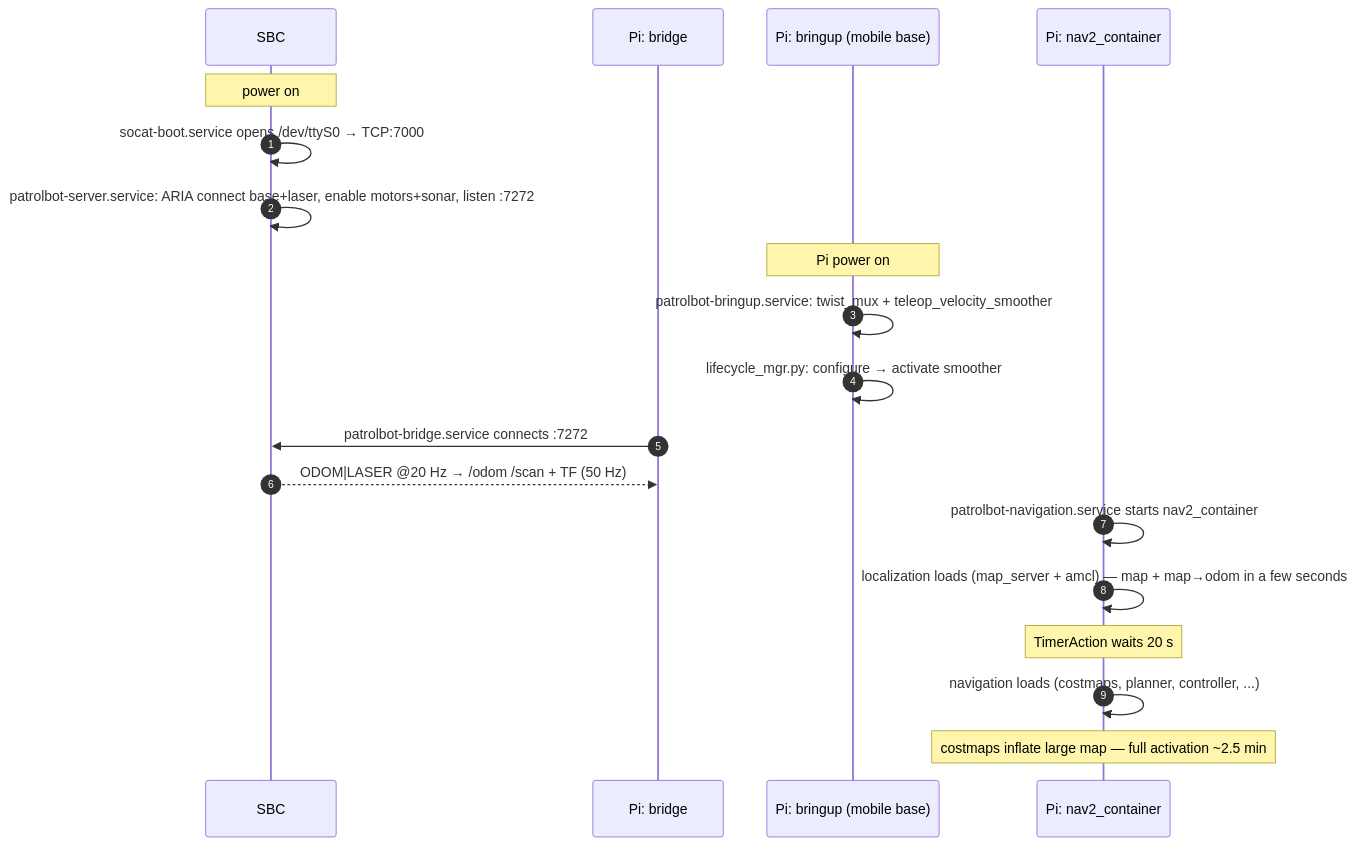
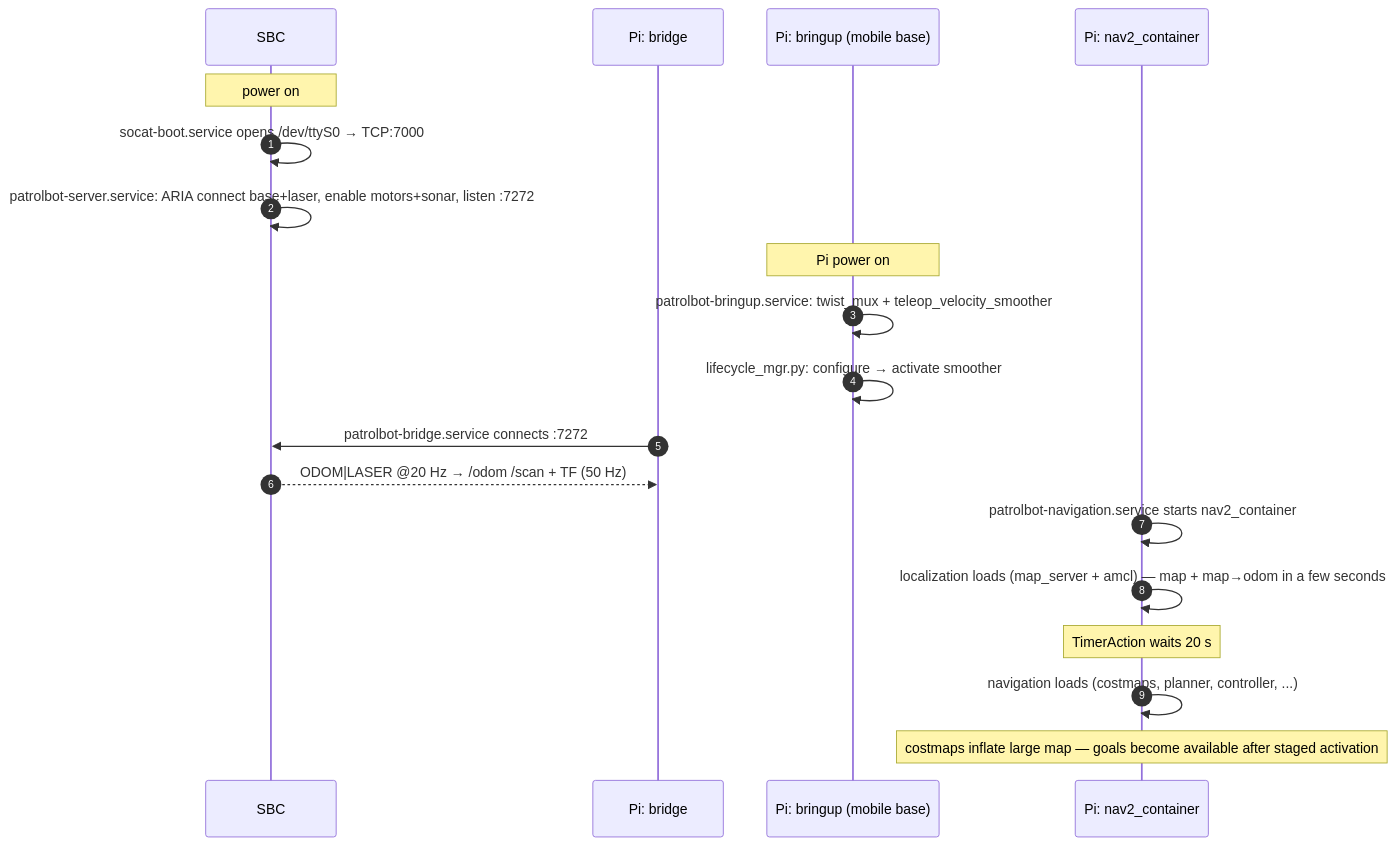
The diagram in docs/internals/startup-sequence.md (cmu-impactlab/patrolbot), drawn with Mermaid before and after one commit. The commit also changed other lines of this file and 41 other files, not shown here.

````diff
--- a/docs/internals/startup-sequence.md
+++ b/docs/internals/startup-sequence.md
@@ -13,24 +13,24 @@
 ```mermaid
 sequenceDiagram
     autonumber
     participant SBC as SBC
     participant Br as Pi: bridge
     participant Bs as Pi: bringup (mobile base)
     participant Nav as Pi: nav2_container
 
     Note over SBC: power on
     SBC->>SBC: socat-boot.service opens /dev/ttyS0 → TCP:7000
     SBC->>SBC: patrolbot-server.service: ARIA connect base+laser, enable motors+sonar, listen :7272
 
     Note over Bs: Pi power on
     Bs->>Bs: patrolbot-bringup.service: twist_mux + teleop_velocity_smoother
     Bs->>Bs: lifecycle_mgr.py: configure → activate smoother
     Br->>SBC: patrolbot-bridge.service connects :7272
     SBC-->>Br: ODOM|LASER @20 Hz → /odom /scan + TF (50 Hz)
 
     Nav->>Nav: patrolbot-navigation.service starts nav2_container
     Nav->>Nav: localization loads (map_server + amcl) — map + map→odom in a few seconds
     Note over Nav: TimerAction waits 20 s
     Nav->>Nav: navigation loads (costmaps, planner, controller, ...)
-    Note over Nav: costmaps inflate large map — full activation ~2.5 min
+	    Note over Nav: costmaps inflate large map — goals become available after staged activation
 ```
````
